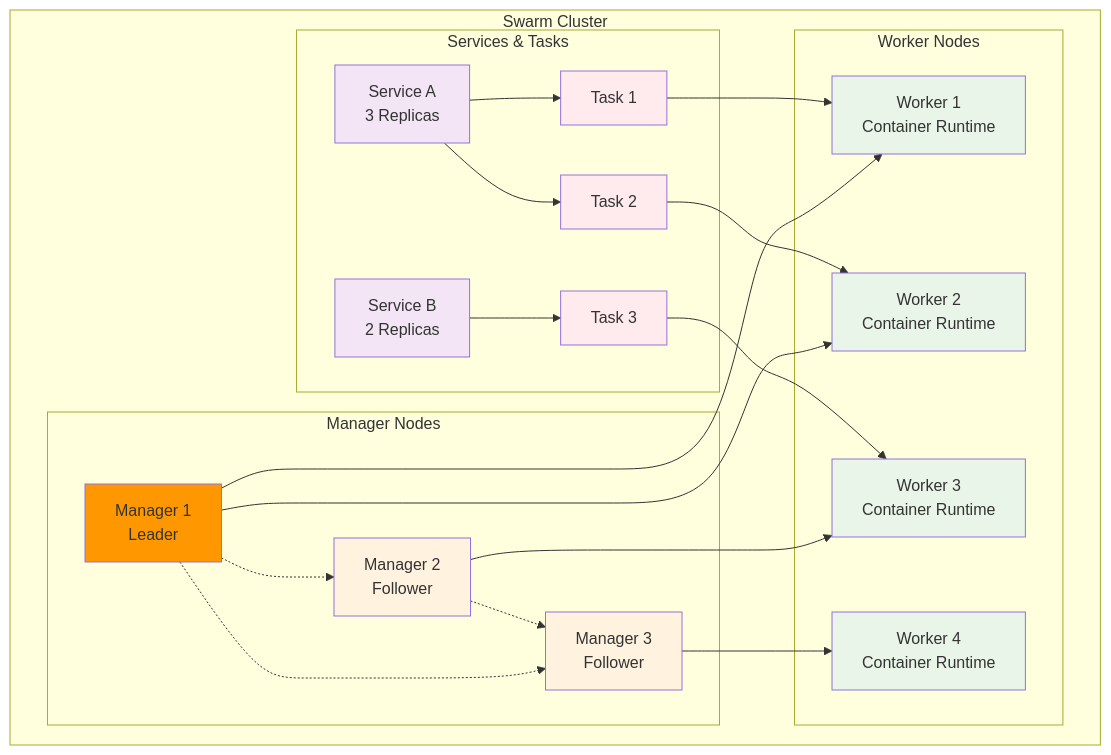
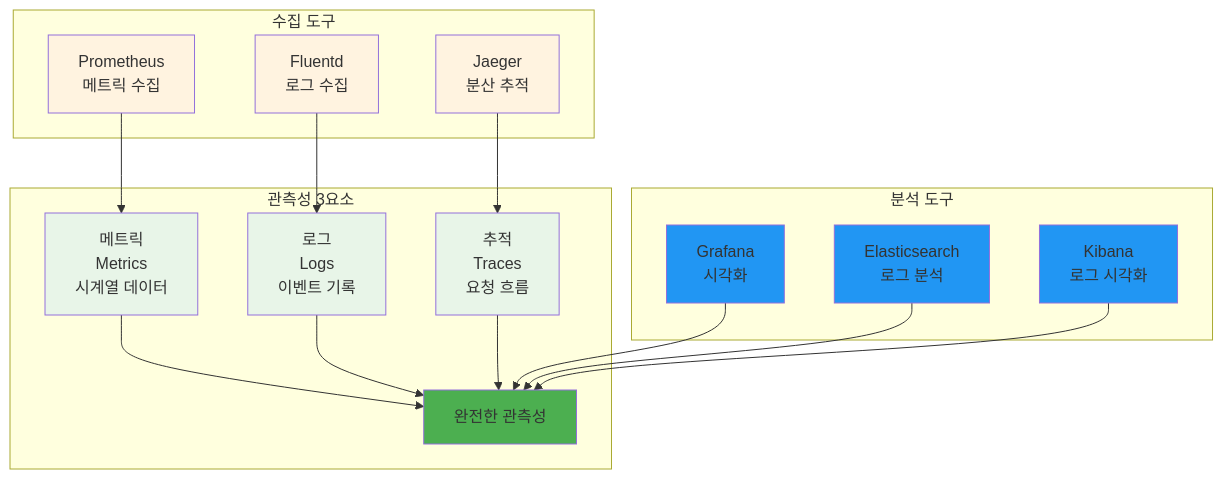
Before and after one commit to niceguy61/kdt_devops_lecture_2025: the second of 4 diagrams in theory/week_02/day3/session_3.md, drawn with Mermaid. The commit also changed other lines of this file and 68 other files, not shown here.

````diff
--- a/theory/week_02/day3/session_3.md
+++ b/theory/week_02/day3/session_3.md
@@ -53,55 +46,31 @@
 ```mermaid
 graph TB
-    subgraph "Swarm Cluster"
-        subgraph "Manager Nodes"
-            M1[Manager 1<br/>Leader]
-            M2[Manager 2<br/>Follower]
-            M3[Manager 3<br/>Follower]
-        end
-        
-        subgraph "Worker Nodes"
-            W1[Worker 1<br/>Container Runtime]
-            W2[Worker 2<br/>Container Runtime]
-            W3[Worker 3<br/>Container Runtime]
-            W4[Worker 4<br/>Container Runtime]
-        end
-        
-        subgraph "Services & Tasks"
-            S1[Service A<br/>3 Replicas]
-            S2[Service B<br/>2 Replicas]
-            T1[Task 1]
-            T2[Task 2]
-            T3[Task 3]
-        end
+    subgraph "관측성 3요소"
+        A[메트릭<br/>Metrics<br/>시계열 데이터] --> D[완전한 관측성]
+        B[로그<br/>Logs<br/>이벤트 기록] --> D
+        C[추적<br/>Traces<br/>요청 흐름] --> D
     end
     
-    M1 -.-> M2
-    M1 -.-> M3
-    M2 -.-> M3
+    subgraph "수집 도구"
+        E[Prometheus<br/>메트릭 수집] --> A
+        F[Fluentd<br/>로그 수집] --> B
+        G[Jaeger<br/>분산 추적] --> C
+    end
     
-    M1 --> W1
-    M1 --> W2
-    M2 --> W3
-    M3 --> W4
+    subgraph "분석 도구"
+        H[Grafana<br/>시각화] --> D
+        I[Elasticsearch<br/>로그 분석] --> D
+        J[Kibana<br/>로그 시각화] --> D
+    end
     
-    S1 --> T1
-    S1 --> T2
-    S2 --> T3
-    
-    T1 --> W1
-    T2 --> W2
-    T3 --> W3
-    
-    style M1 fill:#ff9800
-    style M2 fill:#fff3e0
-    style M3 fill:#fff3e0
-    style W1 fill:#e8f5e8
-    style W2 fill:#e8f5e8
-    style W3 fill:#e8f5e8
-    style W4 fill:#e8f5e8
-    style S1 fill:#f3e5f5
-    style S2 fill:#f3e5f5
-    style T1 fill:#ffebee
-    style T2 fill:#ffebee
-    style T3 fill:#ffebee
+    style A fill:#e8f5e8
+    style B fill:#e8f5e8
+    style C fill:#e8f5e8
+    style D fill:#4caf50
+    style E fill:#fff3e0
+    style F fill:#fff3e0
+    style G fill:#fff3e0
+    style H fill:#2196f3
+    style I fill:#2196f3
+    style J fill:#2196f3
 ```
````
